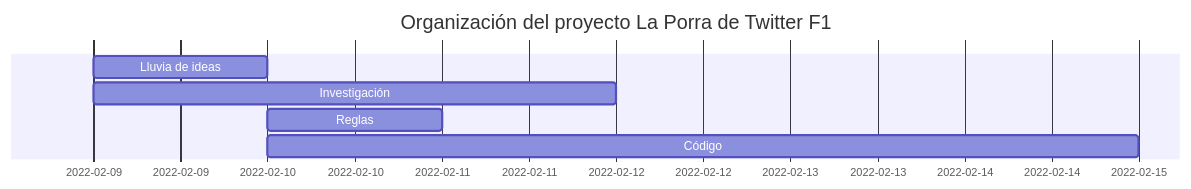
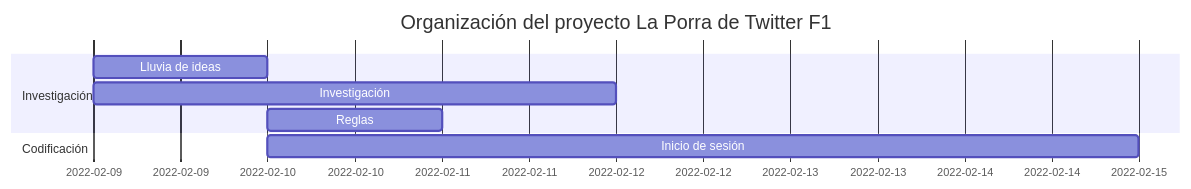
One commit to enriqueesanchz/enriqueesanchz.github.io changed the diagram in _posts/2023-02-25-Como-consegui-400-usuarios.md. Above: the diagram before and after it, drawn with Mermaid.

Commit message:
[Como consegui 400 usuarios] section + dateFormat

````diff
--- a/_posts/2023-02-25-Como-consegui-400-usuarios.md
+++ b/_posts/2023-02-25-Como-consegui-400-usuarios.md
@@ -28,8 +28,11 @@
 ```mermaid
  gantt
+  dateFormat  MM-DD
   title  Organización del proyecto La Porra de Twitter F1
+  section Investigación
   Lluvia de ideas :a, 2022-02-09, 1d
   Investigación :b, 2022-02-09, 3d
   Reglas :c, 2022-02-10, 1d
-  Código :d, 2022-02-10, 5d
+  section Codificación
+  Inicio de sesión :d, 2022-02-10, 5d
 ```
````
